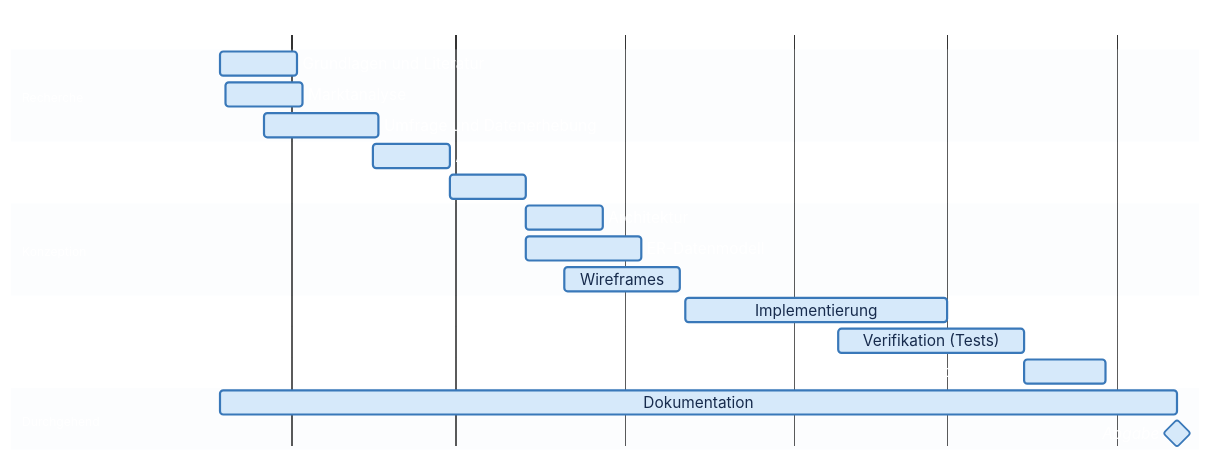
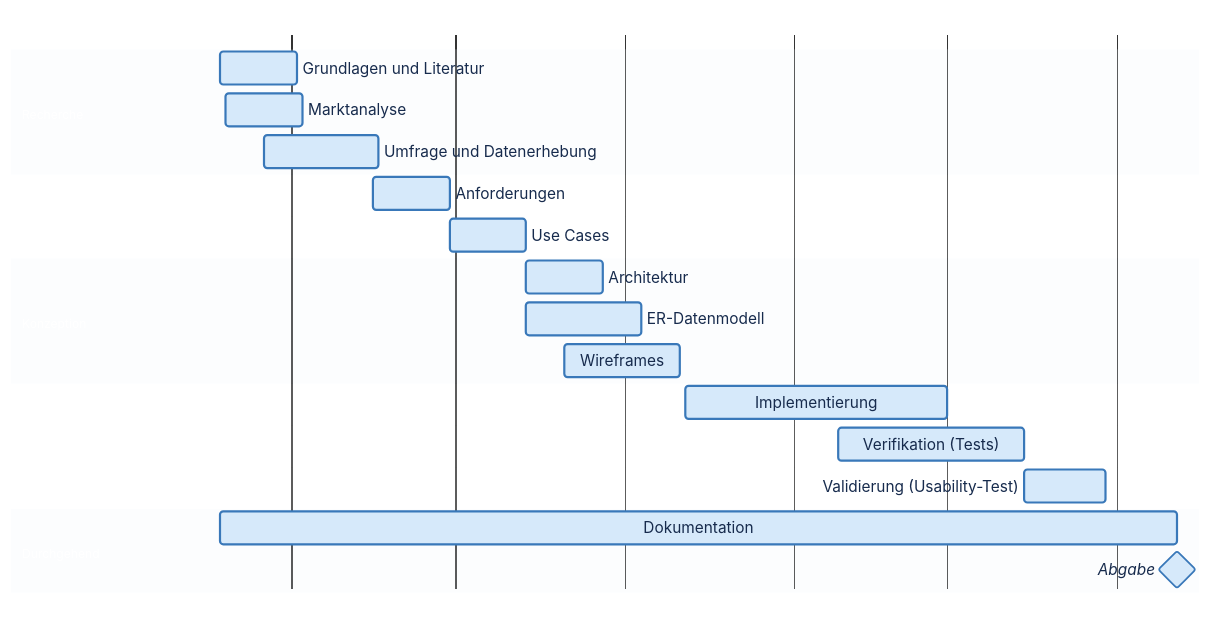
One commit to kurzmichael02-hue/studienarbeit-dashboard changed the diagram in docs/zeitplan.md. Above: the diagram before and after it, drawn with Mermaid.

Commit message:
Zeitplan final fix?

````diff
--- a/docs/zeitplan.md
+++ b/docs/zeitplan.md
@@ -5,31 +5,31 @@
 ```mermaid
-%%{init: {"theme":"base","themeVariables":{"fontFamily":"Arial, sans-serif","fontSize":"14px","background":"#FFFFFF","mainBkg":"#FFFFFF","primaryColor":"#D6E9FA","primaryTextColor":"#172B4D","primaryBorderColor":"#3978B9","secondaryColor":"#EDF4FA","tertiaryColor":"#FFFFFF","textColor":"#FFFFFF","titleColor":"#FFFFFF","sectionBkgColor":"#EDF4FA","altSectionBkgColor":"#FFFFFF","sectionTitleColor":"#172B4D","taskBkgColor":"#D6E9FA","taskBorderColor":"#3978B9","taskTextColor":"#172B4D","taskTextDarkColor":"#172B4D","taskTextOutsideColor":"#FFFFFF","gridColor":"#64748B","todayLineColor":"#DC2626"},"gantt":{"leftPadding":190,"rightPadding":40,"barHeight":22,"barGap":6,"topPadding":45,"fontSize":14,"numberSectionStyles":2,"useMaxWidth":true}}}%%
+%%{init: {"theme":"base","themeVariables":{"fontFamily":"Arial, sans-serif","fontSize":"14px","background":"#FFFFFF","primaryColor":"#D6E9FA","primaryTextColor":"#172B4D","primaryBorderColor":"#3978B9","secondaryColor":"#EDF4FA","tertiaryColor":"#FFFFFF","textColor":"#FFFFFF","titleColor":"#FFFFFF","sectionBkgColor":"#EDF4FA","altSectionBkgColor":"#FFFFFF","sectionTitleColor":"#172B4D","taskBkgColor":"#D6E9FA","taskBorderColor":"#3978B9","taskTextColor":"#172B4D","taskTextDarkColor":"#172B4D","taskTextOutsideColor":"#172B4D","gridColor":"#64748B","todayLineColor":"#DC2626"},"gantt":{"leftPadding":190,"rightPadding":40,"barHeight":30,"barGap":8,"topPadding":45,"fontSize":14,"numberSectionStyles":2,"useMaxWidth":true}}}%%
 gantt
     title Zeitplan Studienarbeit
     dateFormat YYYY-MM-DD
     axisFormat %b %Y
     tickInterval 1month
 
     section Recherche
-    Grundlagen und Literatur       :2026-10-19, 14d
-    Marktanalyse                   :2026-10-20, 14d
-    Umfrage und Datenerhebung      :2026-10-27, 21d
+    Grundlagen und Literatur :2026-10-19, 14d
+    Marktanalyse :2026-10-20, 14d
+    Umfrage und Datenerhebung :2026-10-27, 21d
 
     section Anforderungen
-    Anforderungen                 :2026-11-16, 14d
-    Use Cases                      :2026-11-30, 14d
+    Anforderungen :2026-11-16, 14d
+    Use Cases :2026-11-30, 14d
 
     section Konzeption
-    Architektur                    :2026-12-14, 14d
-    ER-Datenmodell                 :2026-12-14, 21d
-    Wireframes                     :2026-12-21, 21d
+    Architektur :2026-12-14, 14d
+    ER-Datenmodell :2026-12-14, 21d
+    Wireframes :2026-12-21, 21d
 
     section Umsetzung
-    Implementierung                :2027-01-12, 48d
-    Verifikation (Tests)           :2027-02-09, 34d
-    Validierung (Usability-Test)   :2027-03-15, 15d
+    Implementierung :2027-01-12, 48d
+    Verifikation (Tests) :2027-02-09, 34d
+    Validierung (Usability-Test) :2027-03-15, 15d
 
     section Durchgehend
-    Dokumentation                  :2026-10-19, 175d
-    Abgabe                         :milestone, 2027-04-12, 0d
+    Dokumentation :2026-10-19, 175d
+    Abgabe :milestone, 2027-04-12, 0d
 ```
````
